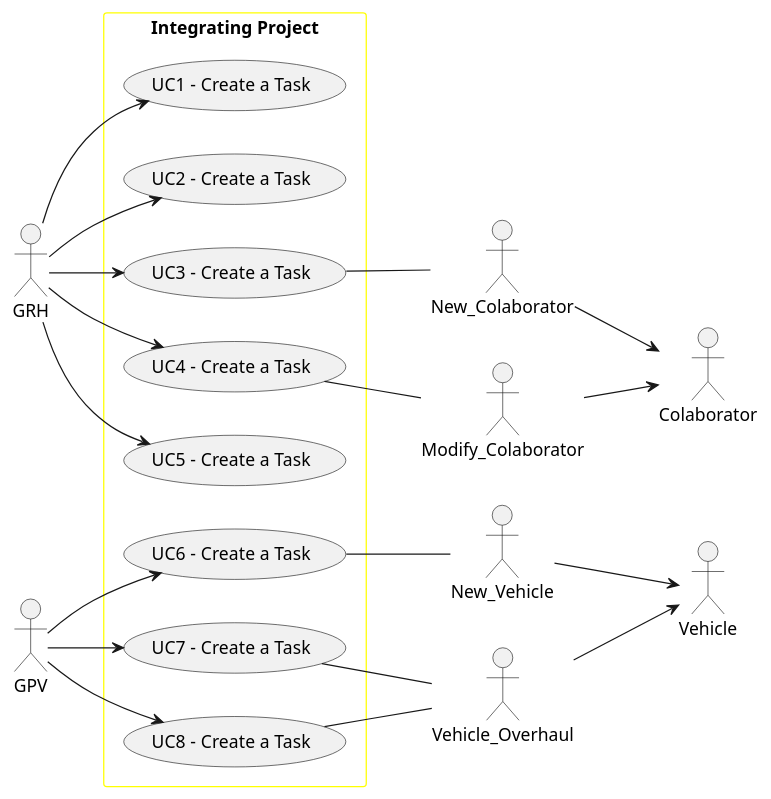
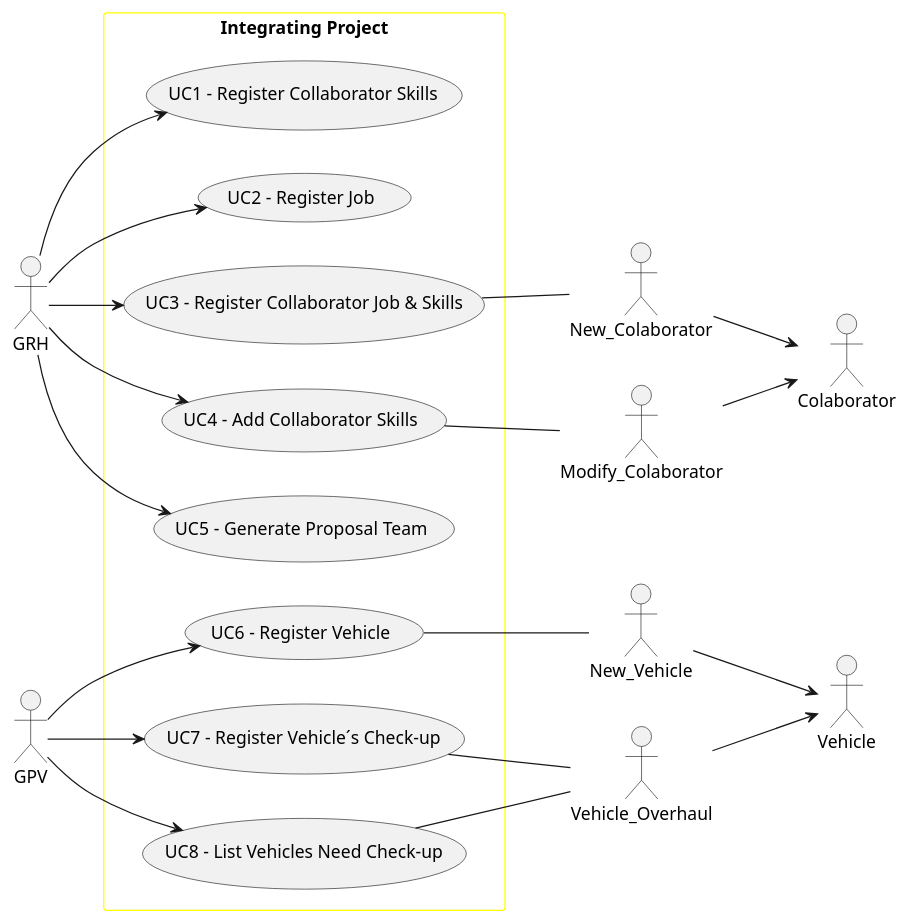
Before and after one commit to 1231360-ISEP/lei-24-s2-1db-g021: the diagram in docs/sprintA/global-artifacts/01.requirements-engineering/puml/use-case-diagram.puml, drawn with PlantUML.

Commit message:
Use Case Diagram Modified (continuation)

```diff
--- a/docs/sprintA/global-artifacts/01.requirements-engineering/puml/use-case-diagram.puml
+++ b/docs/sprintA/global-artifacts/01.requirements-engineering/puml/use-case-diagram.puml
@@ -1,51 +1,51 @@
 @startuml
 'skinparam monochrome true
 skinparam packageStyle rectangle
 'skinparam shadowing false
 
 skinparam rectangle{
     BorderColor yellow
 }
 
 'title Use Case Diagram Example
 actor GRH
 actor GPV
 left to right direction
 
 rectangle "Integrating Project" as actors {
-        usecase "UC1 - Create a Task" as UC1
+        usecase "UC1 - Register Collaborator Skills" as UC1
         GRH --> UC1
-        usecase "UC2 - Create a Task" as UC2
+        usecase "UC2 - Register Job" as UC2
         GRH --> UC2
-        usecase "UC3 - Create a Task" as UC3
+        usecase "UC3 - Register Collaborator Job & Skills" as UC3
         GRH --> UC3
-        usecase "UC4 - Create a Task" as UC4
+        usecase "UC4 - Add Collaborator Skills" as UC4
         GRH --> UC4
-        usecase "UC5 - Create a Task" as UC5
+        usecase "UC5 - Generate Proposal Team" as UC5
         GRH --> UC5
-        usecase "UC6 - Create a Task" as UC6
+        usecase "UC6 - Register Vehicle" as UC6
         GPV --> UC6
-        usecase "UC7 - Create a Task" as UC7
+        usecase "UC7 - Register Vehicle´s Check-up" as UC7
         GPV --> UC7
-        usecase "UC8 - Create a Task" as UC8
+        usecase "UC8 - List Vehicles Need Check-up" as UC8
         GPV --> UC8
 }
 
 left to right direction
 actor New_Colaborator
 UC3 -- New_Colaborator
 actor Modify_Colaborator
 UC4 -- Modify_Colaborator
 actor Colaborator
 New_Colaborator --> Colaborator
 Modify_Colaborator --> Colaborator
 actor New_Vehicle
 UC6 -- New_Vehicle
 actor Vehicle_Overhaul
 UC7 -- Vehicle_Overhaul
 UC8 -- Vehicle_Overhaul
 actor Vehicle
 New_Vehicle --> Vehicle
 Vehicle_Overhaul --> Vehicle
 
 @enduml
```
